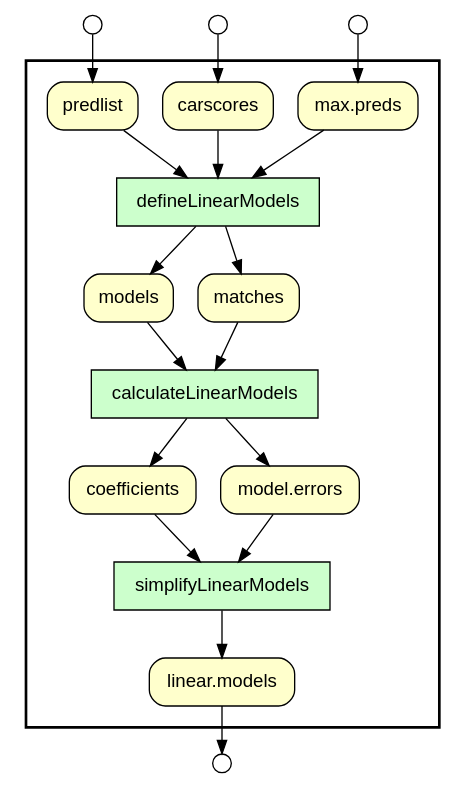
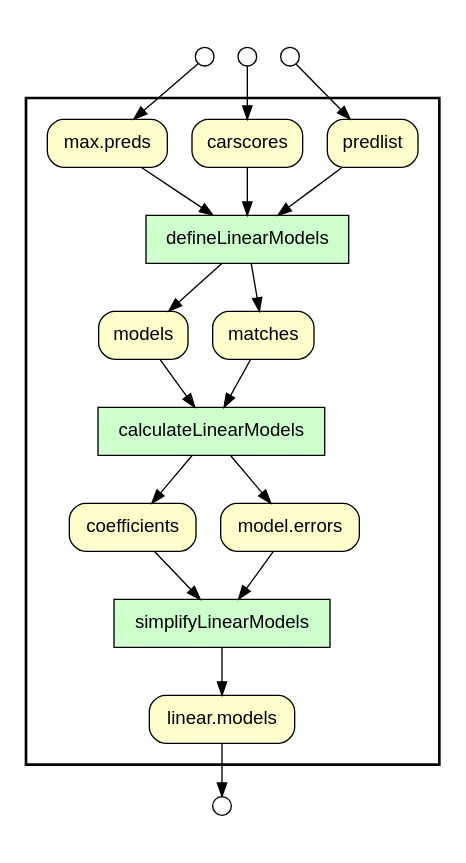
One commit to idaks/wt-prov-Summer-2017 changed the diagram in .prov_scripts/gv_files/calculatemodels.gv. Above: the diagram before and after it, drawn with Graphviz. The commit also changed 91 other files, not shown here.

Commit message:
Updated Provenance Graphs

```diff
--- a/.prov_scripts/gv_files/calculatemodels.gv
+++ b/.prov_scripts/gv_files/calculatemodels.gv
@@ -1,44 +1,50 @@
 digraph Workflow {
 rankdir=TB
 fontname=Helvetica; fontsize=18; labelloc=t
 label=""
 subgraph cluster_workflow_box_outer { label=""; color=black; penwidth=2
 subgraph cluster_workflow_box_inner { label=""; penwidth=0
 node[shape=box style=filled fillcolor="#CCFFCC" peripheries=1 fontname=Helvetica]
 defineLinearModels
 calculateLinearModels
 simplifyLinearModels
 node[shape=box style="rounded,filled" fillcolor="#FFFFCC" peripheries=1 fontname=Helvetica]
 "linear.models"
 predlist
 carscores
 "max.preds"
 models
 matches
 coefficients
 "model.errors"
 node[shape=box style="rounded,filled" fillcolor="#FCFCFC" peripheries=1 fontname=Helvetica]
 defineLinearModels -> models
 defineLinearModels -> matches
 predlist -> defineLinearModels
 carscores -> defineLinearModels
 "max.preds" -> defineLinearModels
 calculateLinearModels -> coefficients
 calculateLinearModels -> "model.errors"
 models -> calculateLinearModels
 matches -> calculateLinearModels
 simplifyLinearModels -> "linear.models"
 coefficients -> simplifyLinearModels
 "model.errors" -> simplifyLinearModels
 }}
+subgraph cluster_input_ports_group_outer { label=""; penwidth=0
+subgraph cluster_input_ports_group_inner { label=""; penwidth=0
 node[shape=circle style="rounded,filled" fillcolor="#FFFFFF" peripheries=1 fontname=Helvetica width=0.2]
 predlist_input_port [label=""]
 carscores_input_port [label=""]
 "max.preds_input_port" [label=""]
+}}
+subgraph cluster_output_ports_group_outer { label=""; penwidth=0
+subgraph cluster_output_ports_group_inner { label=""; penwidth=0
 node[shape=circle style="rounded,filled" fillcolor="#FFFFFF" peripheries=1 fontname=Helvetica width=0.2]
 "linear.models_output_port" [label=""]
+}}
 predlist_input_port -> predlist
 carscores_input_port -> carscores
 "max.preds_input_port" -> "max.preds"
 "linear.models" -> "linear.models_output_port"
 }
```
